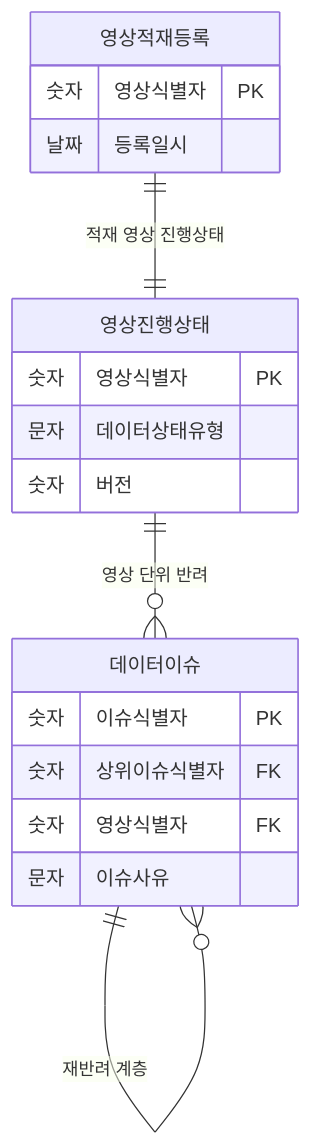
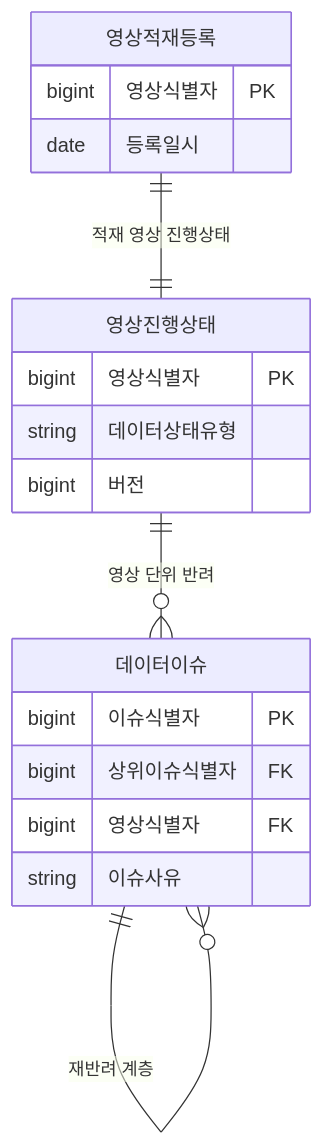
The sixth of 14 diagrams in docs/0705/D8-엔티티관계모형설계서.md (New-stella/klid-label), drawn with Mermaid before and after one commit. The commit also changed other lines of this file and 1 other file, not shown here.

First line of the commit message:
docs(D8): §2 속성명 한글화 + §1 ERD 타입 물리 원형 복원

````diff
--- a/docs/0705/D8-엔티티관계모형설계서.md
+++ b/docs/0705/D8-엔티티관계모형설계서.md
@@ -248,24 +248,24 @@
 ```mermaid
 erDiagram
     영상적재등록 ||--|| 영상진행상태 : "적재 영상 진행상태"
     영상진행상태 ||--o{ 데이터이슈 : "영상 단위 반려"
     데이터이슈 ||--o{ 데이터이슈 : "재반려 계층"
     영상적재등록 {
         %% class: - ※ (D1 미정의 · 영상진행상태에 통합된 적재등록 부속 엔티티)
-        숫자 영상식별자 PK
-        날짜 등록일시
+        bigint 영상식별자 PK
+        date 등록일시
     }
     영상진행상태 {
         %% class: LsRawDataStatus (KLID-AT-DC-104)
-        숫자 영상식별자 PK
-        문자 데이터상태유형
-        숫자 버전
+        bigint 영상식별자 PK
+        string 데이터상태유형
+        bigint 버전
     }
     데이터이슈 {
         %% class: LsDataIssue (KLID-AT-DC-103)
-        숫자 이슈식별자 PK
-        숫자 상위이슈식별자 FK
-        숫자 영상식별자 FK
-        문자 이슈사유
+        bigint 이슈식별자 PK
+        bigint 상위이슈식별자 FK
+        bigint 영상식별자 FK
+        string 이슈사유
     }
 ```
````
